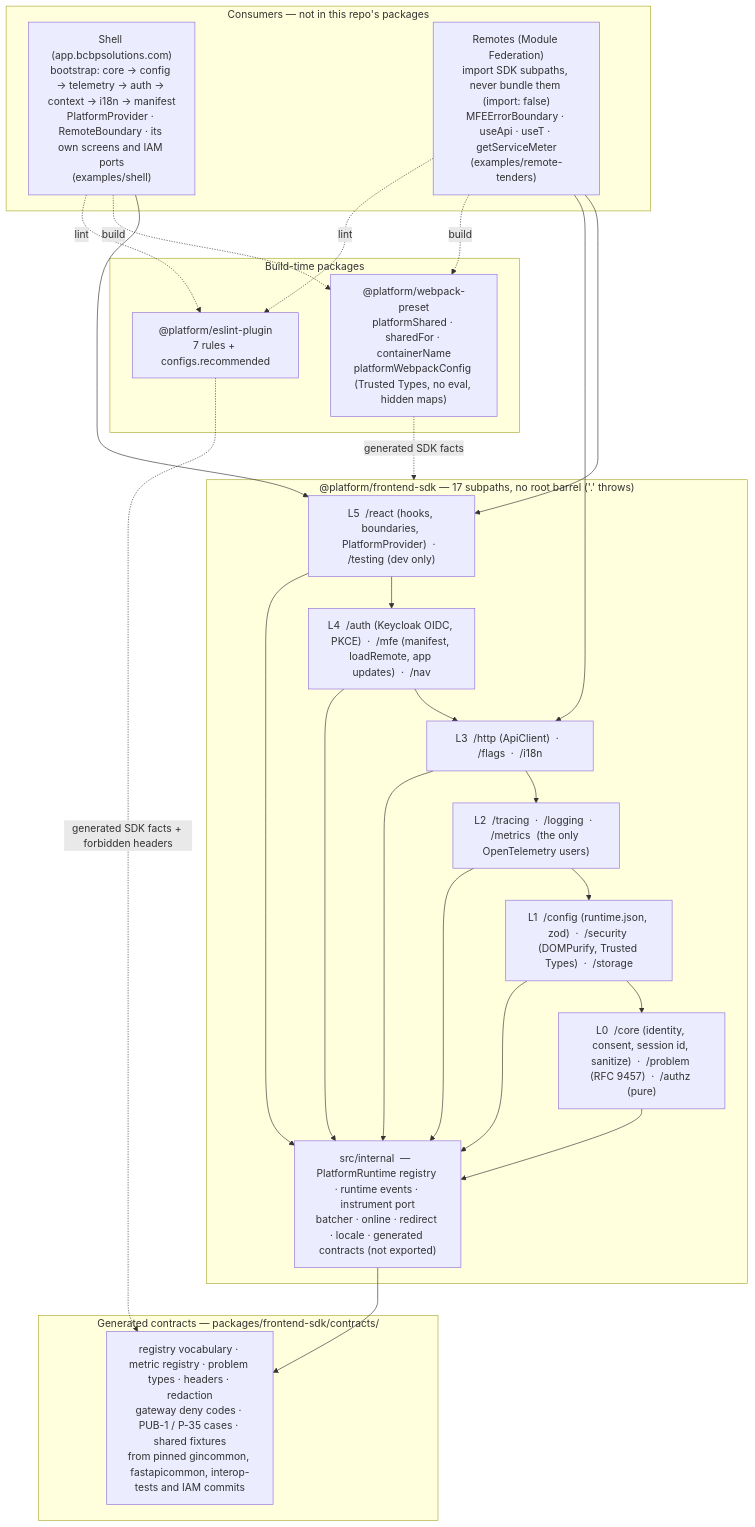
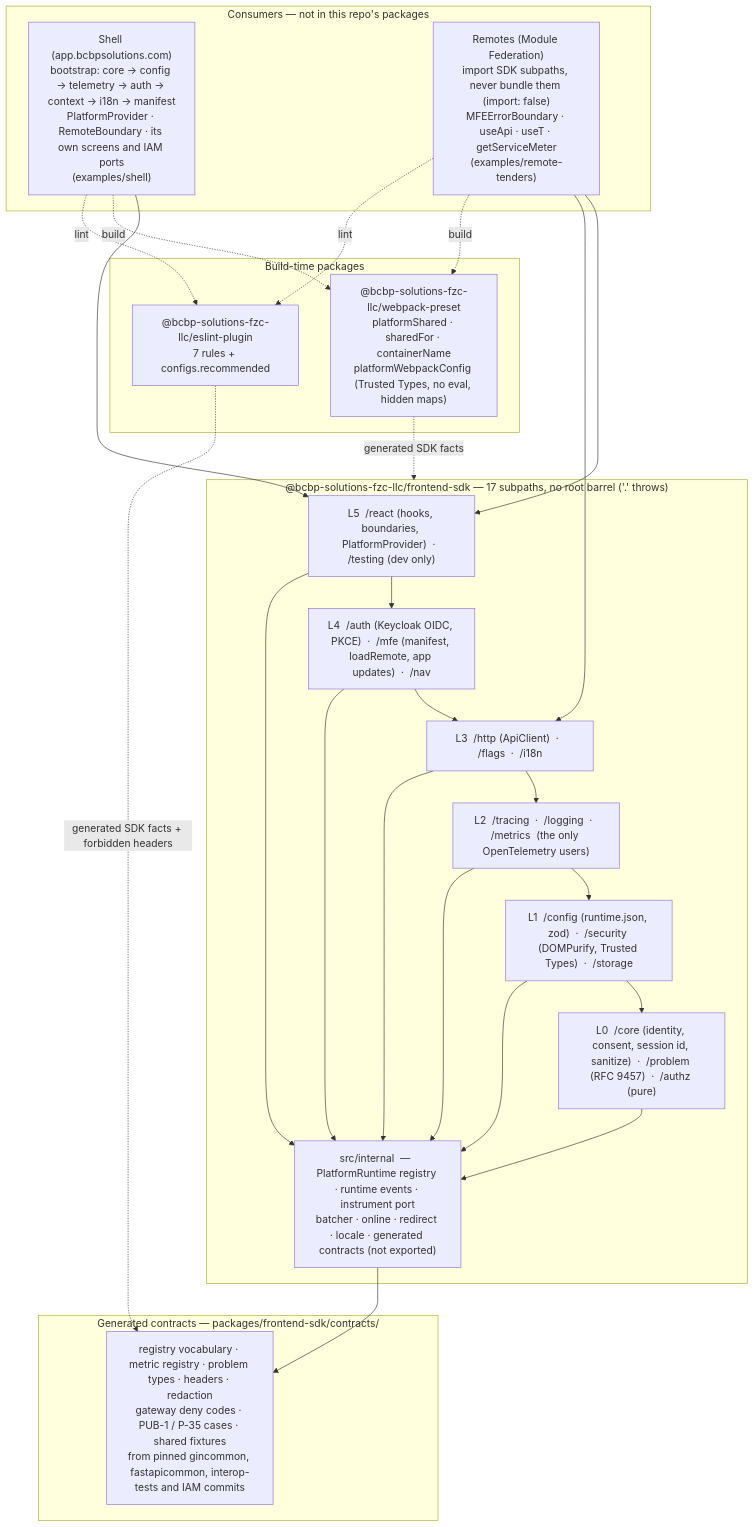
One commit to BCBP-SOLUTIONS-FZC-LLC/platform-reactcommon changed the diagram in docs/architecture/mermaid/layer-model.mmd. Above: the diagram before and after it, drawn with Mermaid. The commit also changed 225 other files, not shown here.

```diff
--- a/docs/architecture/mermaid/layer-model.mmd
+++ b/docs/architecture/mermaid/layer-model.mmd
@@ -1,42 +1,42 @@
 graph TD
     subgraph apps["Consumers  —  not in this repo's packages"]
         shell["Shell (app.bcbpsolutions.com)<br/>bootstrap: core → config → telemetry → auth → context → i18n → manifest<br/>PlatformProvider · RemoteBoundary · its own screens and IAM ports<br/>(examples/shell)"]
         remote["Remotes (Module Federation)<br/>import SDK subpaths, never bundle them (import: false)<br/>MFEErrorBoundary · useApi · useT · getServiceMeter<br/>(examples/remote-tenders)"]
     end
 
     subgraph tooling["Build-time packages"]
-        preset["@platform/webpack-preset<br/>platformShared · sharedFor · containerName<br/>platformWebpackConfig (Trusted Types, no eval, hidden maps)"]
-        eslint["@platform/eslint-plugin<br/>7 rules + configs.recommended"]
+        preset["@bcbp-solutions-fzc-llc/webpack-preset<br/>platformShared · sharedFor · containerName<br/>platformWebpackConfig (Trusted Types, no eval, hidden maps)"]
+        eslint["@bcbp-solutions-fzc-llc/eslint-plugin<br/>7 rules + configs.recommended"]
     end
 
-    subgraph sdk["@platform/frontend-sdk  —  17 subpaths, no root barrel ('.' throws)"]
+    subgraph sdk["@bcbp-solutions-fzc-llc/frontend-sdk  —  17 subpaths, no root barrel ('.' throws)"]
         L5["L5  /react (hooks, boundaries, PlatformProvider)  ·  /testing (dev only)"]
         L4["L4  /auth (Keycloak OIDC, PKCE)  ·  /mfe (manifest, loadRemote, app updates)  ·  /nav"]
         L3["L3  /http (ApiClient)  ·  /flags  ·  /i18n"]
         L2["L2  /tracing  ·  /logging  ·  /metrics  (the only OpenTelemetry users)"]
         L1["L1  /config (runtime.json, zod)  ·  /security (DOMPurify, Trusted Types)  ·  /storage"]
         L0["L0  /core (identity, consent, session id, sanitize)  ·  /problem (RFC 9457)  ·  /authz (pure)"]
         internal["src/internal  —  PlatformRuntime registry · runtime events · instrument port<br/>batcher · online · redirect · locale · generated contracts (not exported)"]
     end
 
     subgraph contracts["Generated contracts  —  packages/frontend-sdk/contracts/"]
         gen["registry vocabulary · metric registry · problem types · headers · redaction<br/>gateway deny codes · PUB-1 / P-35 cases · shared fixtures<br/>from pinned gincommon, fastapicommon, interop-tests and IAM commits"]
     end
 
     shell --> L5
     remote --> L5
     remote --> L3
     shell -. build .-> preset
     remote -. build .-> preset
     shell -. lint .-> eslint
     remote -. lint .-> eslint
     L5 --> L4 --> L3 --> L2 --> L1 --> L0
     L0 --> internal
     L1 --> internal
     L2 --> internal
     L3 --> internal
     L4 --> internal
     L5 --> internal
     internal --> gen
     preset -. generated SDK facts .-> sdk
     eslint -. generated SDK facts + forbidden headers .-> gen
```
